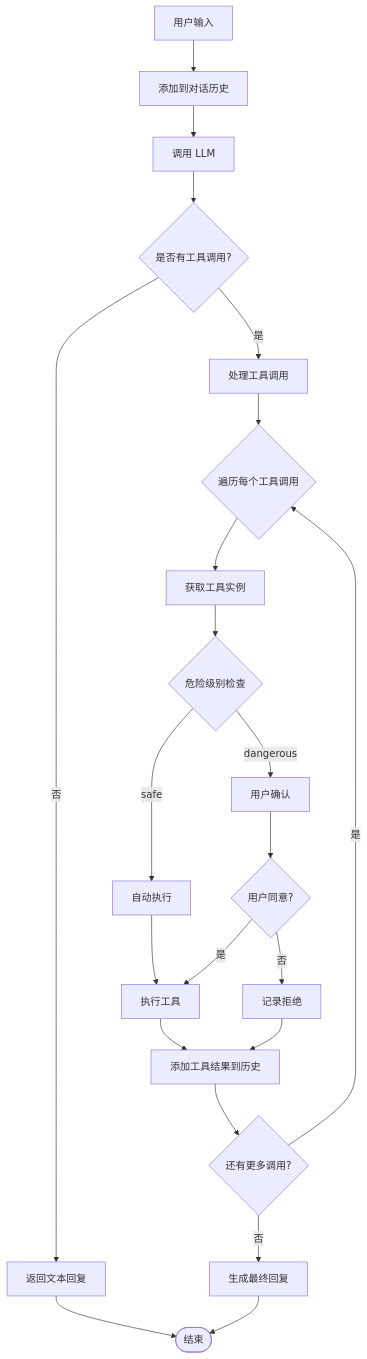
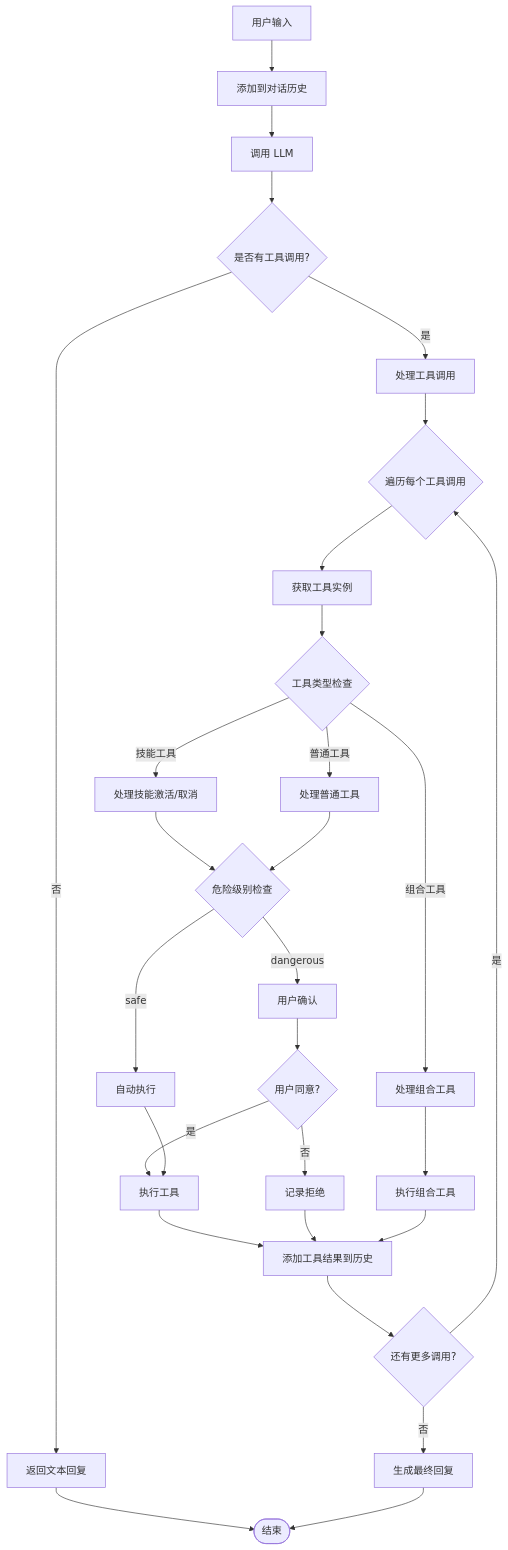
One commit to 250shiwo/MySmallAgent changed the ninth of 10 diagrams in .qoder/repowiki/zh/content/项目概述.md. Above: the diagram before and after it, drawn with Mermaid. The commit also changed other lines of this file and 28 other files, not shown here.

````diff
--- a/.qoder/repowiki/zh/content/项目概述.md
+++ b/.qoder/repowiki/zh/content/项目概述.md
@@ -437,24 +553,31 @@
 ```mermaid
 flowchart TD
 UserInput[用户输入] --> AddMessage[添加到对话历史]
 AddMessage --> CallLLM[调用 LLM]
 CallLLM --> CheckResponse{是否有工具调用?}
 CheckResponse --> |否| ReturnText[返回文本回复]
 CheckResponse --> |是| ProcessCalls[处理工具调用]
 ProcessCalls --> LoopCalls{遍历每个工具调用}
 LoopCalls --> GetTool[获取工具实例]
-GetTool --> CheckDanger{危险级别检查}
+GetTool --> CheckType{工具类型检查}
+CheckType --> |技能工具| HandleSkill[处理技能激活/取消]
+CheckType --> |组合工具| HandleComposite[处理组合工具]
+CheckType --> |普通工具| HandleNormal[处理普通工具]
+HandleSkill --> CheckDanger{危险级别检查}
+HandleComposite --> ExecuteComposite[执行组合工具]
+HandleNormal --> CheckDanger
 CheckDanger --> |safe| AutoExecute[自动执行]
 CheckDanger --> |dangerous| AskUser[用户确认]
 AskUser --> UserYes{用户同意?}
 UserYes --> |是| ExecuteTool[执行工具]
 UserYes --> |否| RejectTool[记录拒绝]
 AutoExecute --> ExecuteTool
 ExecuteTool --> AddResult[添加工具结果到历史]
 RejectTool --> AddResult
+ExecuteComposite --> AddResult
 AddResult --> ContinueLoop{还有更多调用?}
 ContinueLoop --> |是| LoopCalls
 ContinueLoop --> |否| FinalResponse[生成最终回复]
 ReturnText --> End([结束])
 FinalResponse --> End
 ```
````
